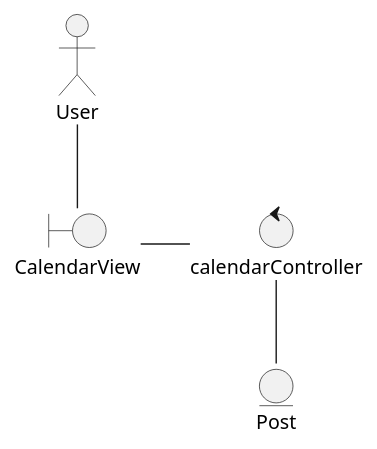
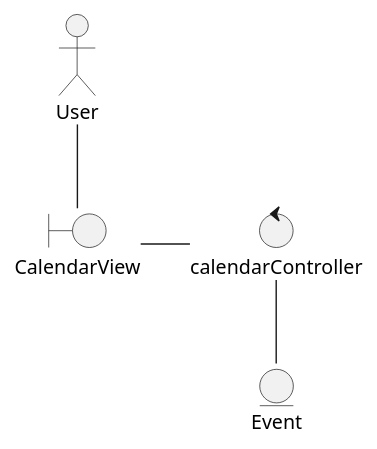
Before and after one commit to Dayannis-07/ING_SOFT: the diagram in docs/scenariosView/analysisClassDiagram/useCase-ConsultarCalendario.plantuml, drawn with PlantUML. The commit also changed 1 other file, not shown here.

Commit message:
Calendar controller now comunicates with Event entity

```diff
--- a/docs/scenariosView/analysisClassDiagram/useCase-ConsultarCalendario.plantuml
+++ b/docs/scenariosView/analysisClassDiagram/useCase-ConsultarCalendario.plantuml
@@ -1,10 +1,10 @@
 @startuml Consultar Calendario
 actor User as User
 
 boundary "CalendarView" as view
 control "calendarController" as controller
-entity Post as P
+entity Event as E
 User -- view
 view-r-controller 
-controller--P 
+controller--E
 @enduml
```
